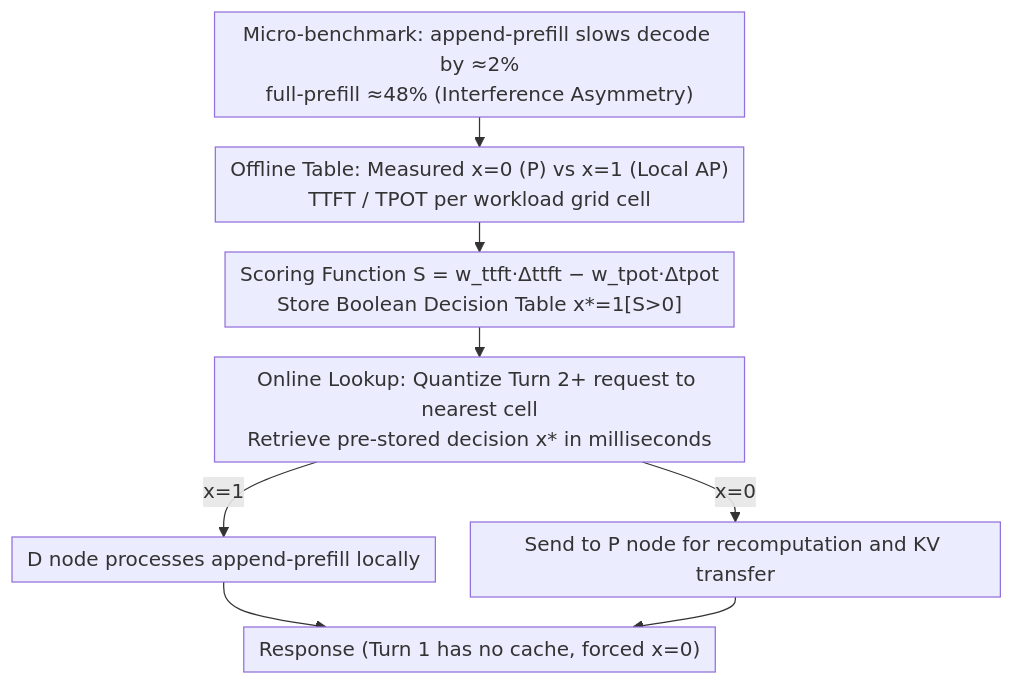
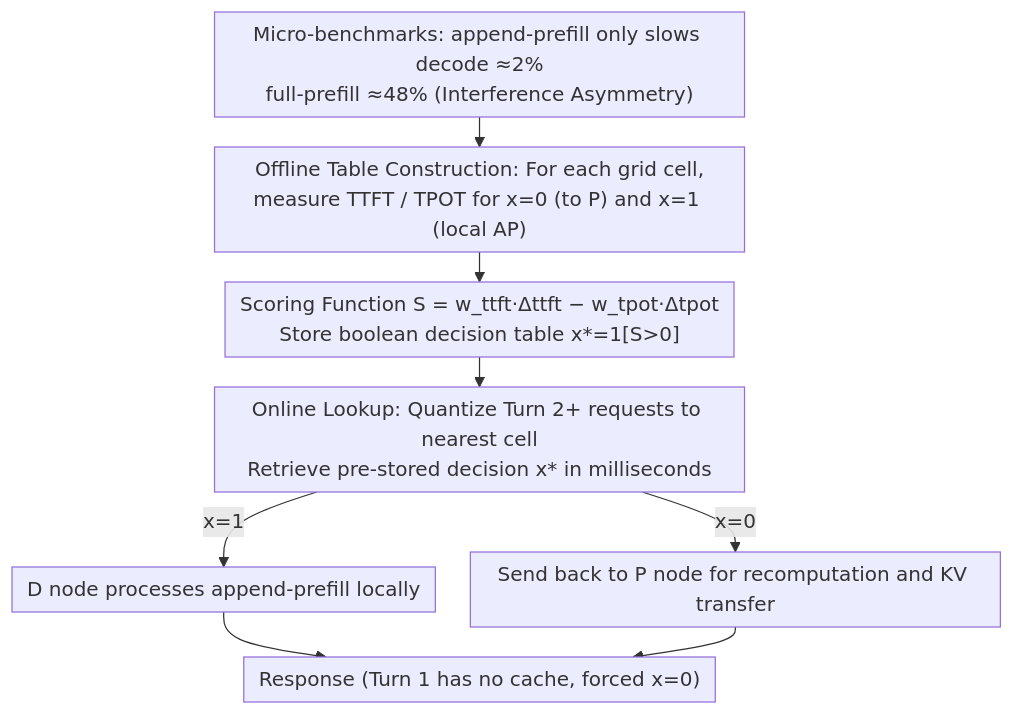
Before and after one commit to zhaoyang97/Paper-Notes-en: the diagram in docs/ICML2026/dialogue/not_all_prefills_are_equal_ppd_disaggregation_for_multi-turn_llm_serving.md, drawn with Mermaid. The commit also changed other lines of this file and 5084 other files, not shown here.

````diff
--- a/docs/ICML2026/dialogue/not_all_prefills_are_equal_ppd_disaggregation_for_multi-turn_llm_serving.md
+++ b/docs/ICML2026/dialogue/not_all_prefills_are_equal_ppd_disaggregation_for_multi-turn_llm_serving.md
@@ -43,12 +43,12 @@
 ```mermaid
 %%{init: {'flowchart': {'rankSpacing': 24, 'nodeSpacing': 28, 'padding': 6, 'wrappingWidth': 400}}}%%
 flowchart TD
-    A["Micro-benchmark: append-prefill slows decode by ≈2%<br/>full-prefill ≈48% (Interference Asymmetry)"]
-    A --> B["Offline Table: Measured x=0 (P) vs x=1 (Local AP) <br/>TTFT / TPOT per workload grid cell"]
-    B --> C["Scoring Function S = w_ttft·Δttft − w_tpot·Δtpot<br/>Store Boolean Decision Table x*=1[S>0]"]
-    C --> D["Online Lookup: Quantize Turn 2+ request to nearest cell<br/>Retrieve pre-stored decision x* in milliseconds"]
+    A["Micro-benchmarks: append-prefill only slows decode ≈2%<br/>full-prefill ≈48% (Interference Asymmetry)"]
+    A --> B["Offline Table Construction: For each grid cell,<br/>measure TTFT / TPOT for x=0 (to P) and x=1 (local AP)"]
+    B --> C["Scoring Function S = w_ttft·Δttft − w_tpot·Δtpot<br/>Store boolean decision table x*=1[S>0]"]
+    C --> D["Online Lookup: Quantize Turn 2+ requests to nearest cell<br/>Retrieve pre-stored decision x* in milliseconds"]
     D -->|"x=1"| E["D node processes append-prefill locally"]
-    D -->|"x=0"| F["Send to P node for recomputation and KV transfer"]
+    D -->|"x=0"| F["Send back to P node for recomputation and KV transfer"]
     E --> G["Response (Turn 1 has no cache, forced x=0)"]
     F --> G
 ```
````
